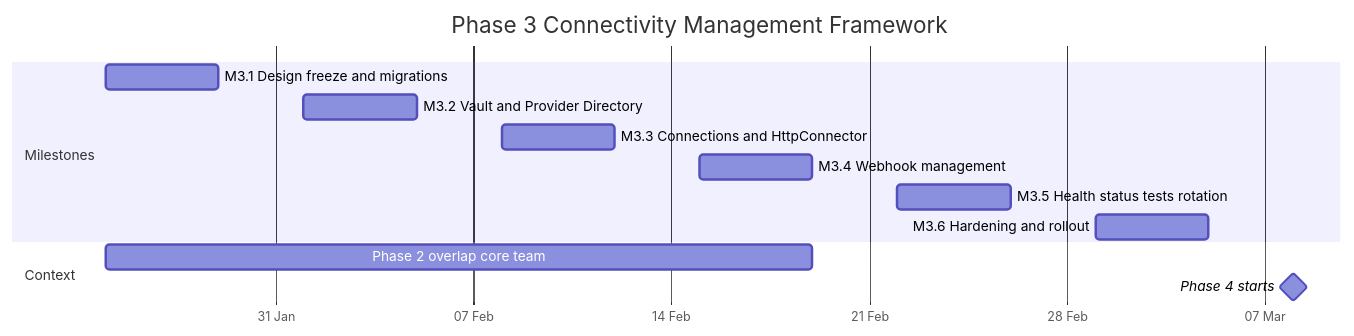
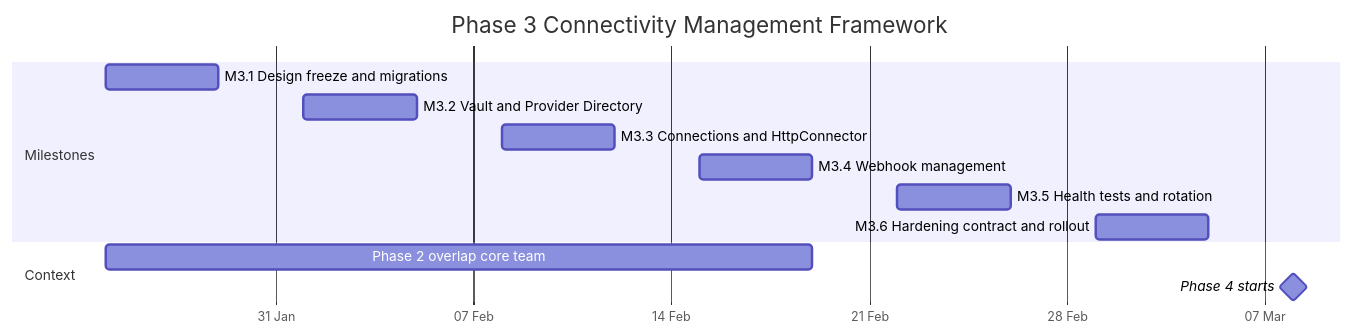
The first of 6 diagrams in docs/phases/phase-03-connectivity.md (wouapit999/wouapit999), drawn with Mermaid before and after one commit. The commit also changed other lines of this file and 5 other files, not shown here.

````diff
--- a/docs/phases/phase-03-connectivity.md
+++ b/docs/phases/phase-03-connectivity.md
@@ -85,16 +94,16 @@
 ```mermaid
 gantt
   title Phase 3 Connectivity Management Framework
   dateFormat YYYY-MM-DD
   axisFormat %d %b
   section Milestones
   M3.1 Design freeze and migrations     :m1, 2027-01-25, 2027-01-29
   M3.2 Vault and Provider Directory      :m2, 2027-02-01, 2027-02-05
   M3.3 Connections and HttpConnector     :m3, 2027-02-08, 2027-02-12
   M3.4 Webhook management                :m4, 2027-02-15, 2027-02-19
-  M3.5 Health status tests rotation      :m5, 2027-02-22, 2027-02-26
-  M3.6 Hardening and rollout             :m6, 2027-03-01, 2027-03-05
+  M3.5 Health tests and rotation         :m5, 2027-02-22, 2027-02-26
+  M3.6 Hardening contract and rollout    :m6, 2027-03-01, 2027-03-05
   section Context
   Phase 2 overlap core team              :p2, 2027-01-25, 2027-02-19
   Phase 4 starts                         :milestone, p4, 2027-03-08, 0d
 ```
````
